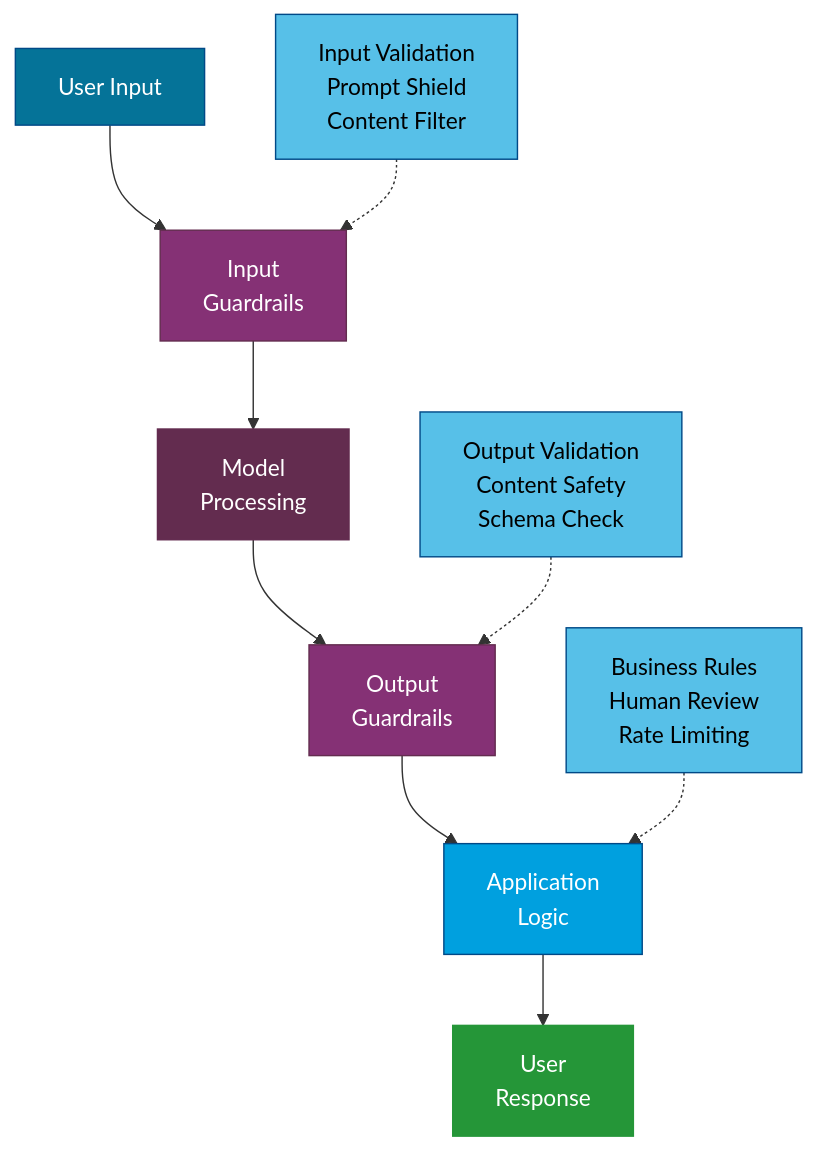
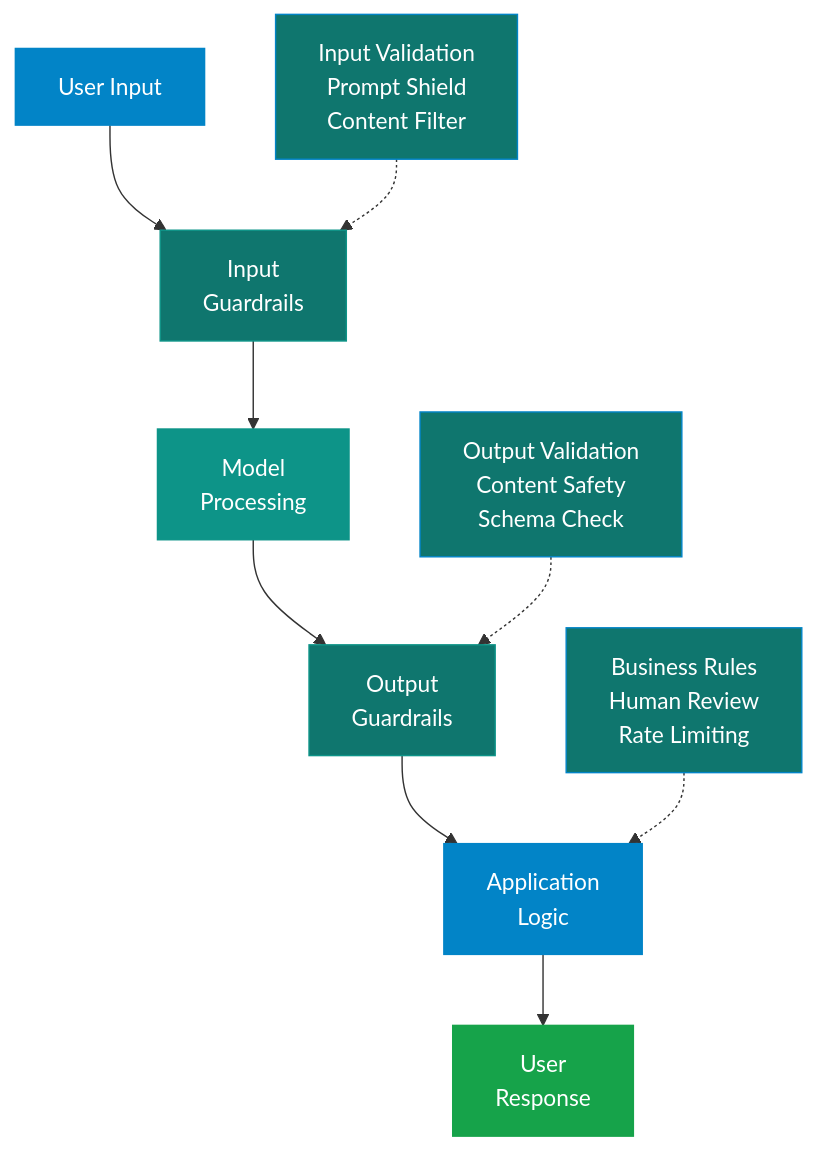
One commit to nitin27may/ai-resources changed the diagram in docs/concepts/safety-and-responsible-ai.md. Above: the diagram before and after it, drawn with Mermaid. The commit also changed other lines of this file and 84 other files, not shown here.

````diff
--- a/docs/concepts/safety-and-responsible-ai.md
+++ b/docs/concepts/safety-and-responsible-ai.md
@@ -85,22 +140,22 @@
 ```mermaid
 graph TD
-    A["User Input"] --> B["Input\nGuardrails"]
-    B --> C["Model\nProcessing"]
-    C --> D["Output\nGuardrails"]
-    D --> E["Application\nLogic"]
-    E --> F["User\nResponse"]
+    A["User Input"] --> B["Input<br/>Guardrails"]
+    B --> C["Model<br/>Processing"]
+    C --> D["Output<br/>Guardrails"]
+    D --> E["Application<br/>Logic"]
+    E --> F["User<br/>Response"]
 
-    B1["Input Validation\nPrompt Shield\nContent Filter"] -.-> B
-    D1["Output Validation\nContent Safety\nSchema Check"] -.-> D
-    E1["Business Rules\nHuman Review\nRate Limiting"] -.-> E
+    B1["Input Validation<br/>Prompt Shield<br/>Content Filter"] -.-> B
+    D1["Output Validation<br/>Content Safety<br/>Schema Check"] -.-> D
+    E1["Business Rules<br/>Human Review<br/>Rate Limiting"] -.-> E
 
-    style A fill:#057398,stroke:#004987,color:#fff
-    style B fill:#853175,stroke:#632C4F,color:#fff
-    style C fill:#632C4F,stroke:#632C4F,color:#fff
-    style D fill:#853175,stroke:#632C4F,color:#fff
-    style E fill:#00A0DF,stroke:#004987,color:#fff
-    style F fill:#259638,stroke:#259638,color:#fff
-    style B1 fill:#57C0E8,stroke:#004987,color:#000
-    style D1 fill:#57C0E8,stroke:#004987,color:#000
-    style E1 fill:#57C0E8,stroke:#004987,color:#000
+    style A fill:#0284c7,stroke:#0284c7,color:#fff
+    style B fill:#0f766e,stroke:#0d9488,color:#fff
+    style C fill:#0d9488,stroke:#0d9488,color:#fff
+    style D fill:#0f766e,stroke:#0d9488,color:#fff
+    style E fill:#0284c7,stroke:#0284c7,color:#fff
+    style F fill:#16a34a,stroke:#16a34a,color:#fff
+    style B1 fill:#0f766e,stroke:#0284c7,color:#fff
+    style D1 fill:#0f766e,stroke:#0284c7,color:#fff
+    style E1 fill:#0f766e,stroke:#0284c7,color:#fff
 ```
````
